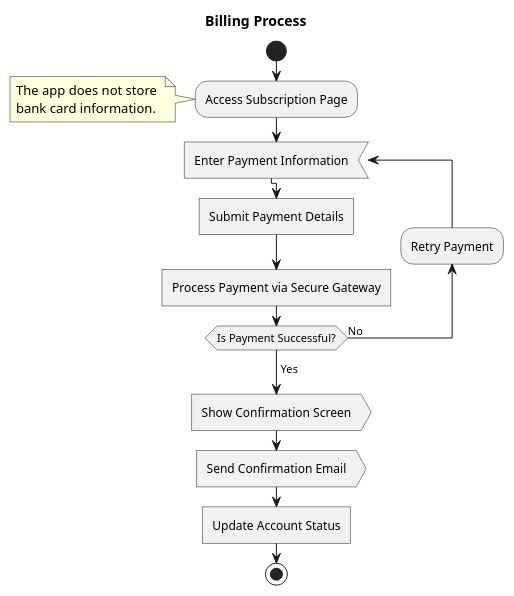
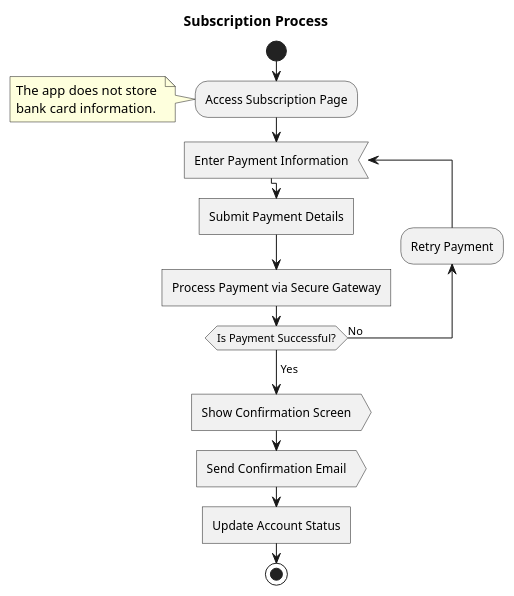
One commit to Guilderm/SnowballPlanner changed the fourth of 5 diagrams in Documents/Product Requirements Document (PRD).md. Above: the diagram before and after it, drawn with PlantUML. The commit also changed other lines of this file and 1 other file, not shown here.

Commit message:
updated ### 8.1.2. **Subscription Process**

````diff
--- a/Documents/Product Requirements Document (PRD).md
+++ b/Documents/Product Requirements Document (PRD).md
@@ -548,49 +552,29 @@
-```plantuml:
+```plantuml
 @startuml
-title Billing Process
+title Subscription Process
 
 start
 :Access Subscription Page;
 
 note
 The app does not store 
 bank card information.
 end note
 
 repeat :Enter Payment Information; <<input>>
 
 :Submit Payment Details; <<task>>
 :Process Payment via Secure Gateway; <<task>>
 
 backward :Retry Payment;
 repeat while (Is Payment Successful?) is (No)
   -> Yes;
 
 :Show Confirmation Screen; <<output>>
 :Send Confirmation Email; <<output>>
 :Update Account Status; <<task>>
 
 stop
 
 @enduml
----
-
-### 8.1.2. **User Profile**
-
-**Purpose:** This flow allows users to manage their personal information and account settings, ensuring a personalized and consistent experience across the application.
-
-- **8.1.2.1. Single-User Context:** Supports the management of personal data, preferences, and settings for a single user.
-- **8.1.2.2. 🚧 Multi-User Context:** Extends to manage multiple profiles within a single account, facilitating role assignment, profile switching, and permissions management.
-
-**Implemented under module:** Profile Management
-
-
-
-### 8.1.3. Billing Process
-
-> **Note:**  
-The application will not store bank card information to reduce the app's attractiveness to criminals.  
-The subscription model includes a free trial followed by an annual subscription payment.
-
-
 ```
````
